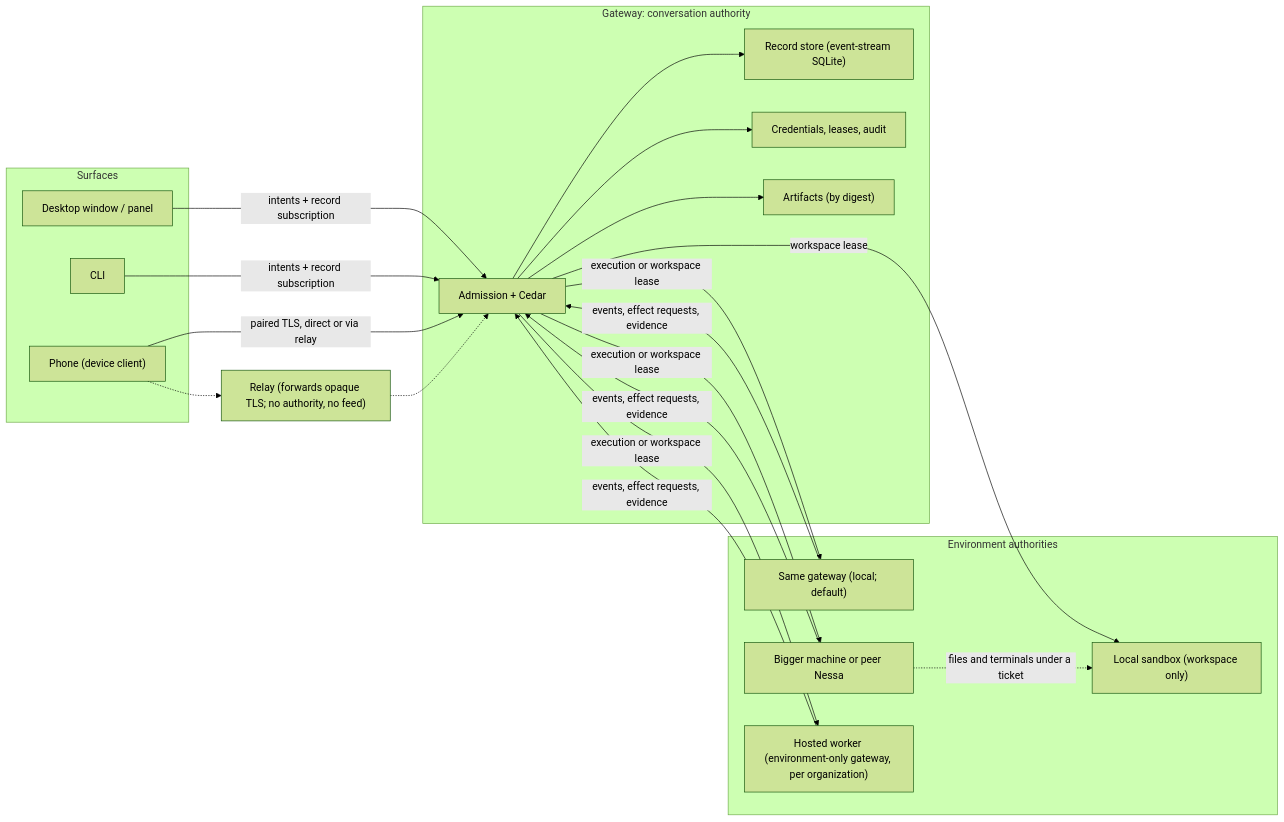
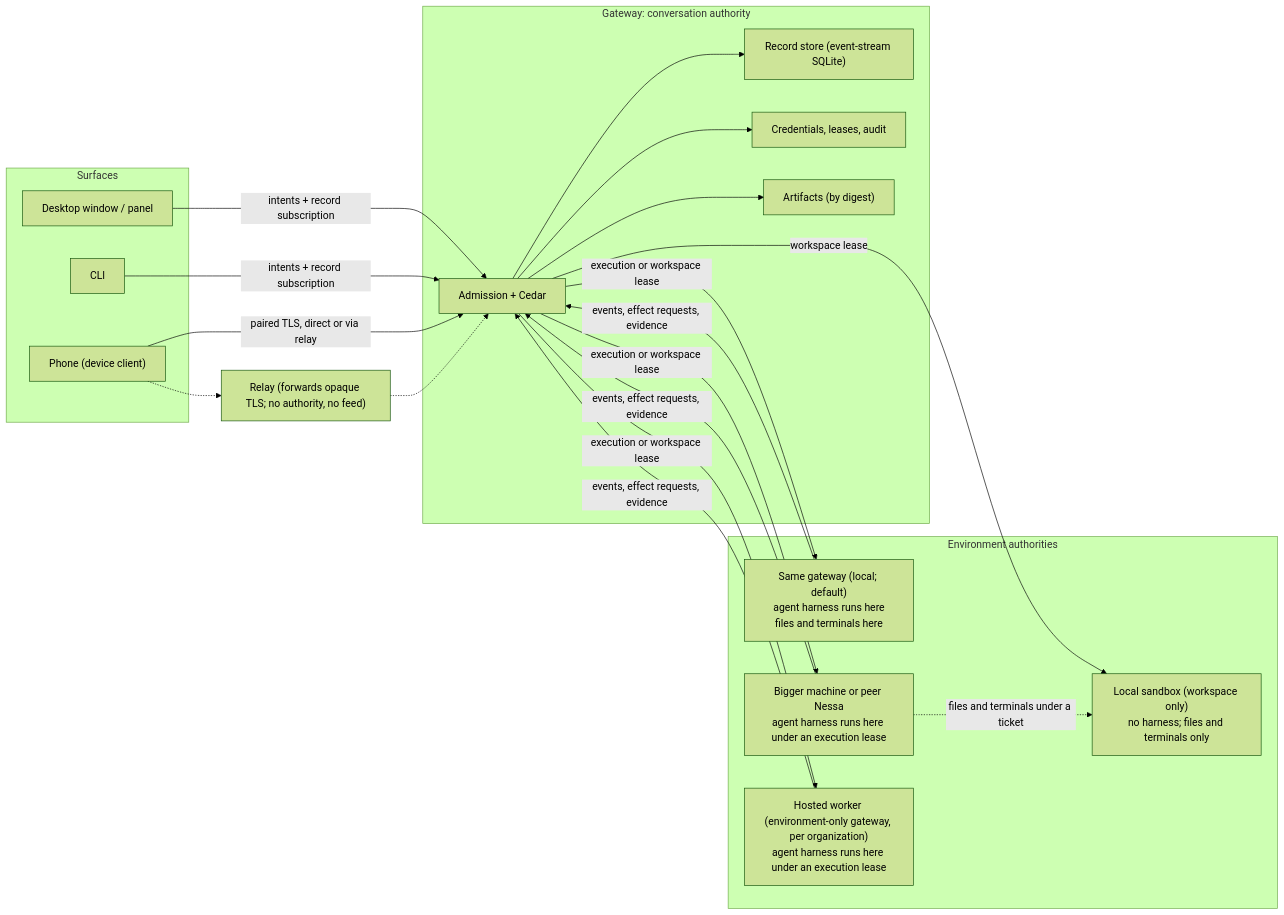
The diagram in docs/design/runtime-architecture.md (nessalabs/nessa-agent), drawn with Mermaid (forest theme) before and after one commit. The commit also changed other lines of this file, not shown here.

Commit message:
docs: say where the agent harness runs in the overview diagram (#252)

````diff
--- a/docs/design/runtime-architecture.md
+++ b/docs/design/runtime-architecture.md
@@ -38,36 +38,36 @@
 ```mermaid
 flowchart LR
     subgraph Surfaces
         D["Desktop window / panel"]
         C["CLI"]
         P["Phone (device client)"]
     end
     subgraph CA["Gateway: conversation authority"]
         A["Admission + Cedar"]
         R["Record store (event-stream SQLite)"]
         K["Credentials, leases, audit"]
         F["Artifacts (by digest)"]
     end
     subgraph EAs["Environment authorities"]
-        L["Same gateway (local; default)"]
-        H["Bigger machine or peer Nessa"]
-        W["Hosted worker (environment-only gateway, per organization)"]
-        S["Local sandbox (workspace only)"]
+        L["Same gateway (local; default)<br/>agent harness runs here<br/>files and terminals here"]
+        H["Bigger machine or peer Nessa<br/>agent harness runs here under an execution lease"]
+        W["Hosted worker (environment-only gateway, per organization)<br/>agent harness runs here under an execution lease"]
+        S["Local sandbox (workspace only)<br/>no harness; files and terminals only"]
     end
     D -- "intents + record subscription" --> A
     C -- "intents + record subscription" --> A
     P -- "paired TLS, direct or via relay" --> A
     A --> R
     A --> K
     A --> F
     A -- "execution or workspace lease" --> L
     A -- "execution or workspace lease" --> H
     A -- "execution or workspace lease" --> W
     A -- "workspace lease" --> S
     L -- "events, effect requests, evidence" --> A
     H -- "events, effect requests, evidence" --> A
     W -- "events, effect requests, evidence" --> A
     H -. "files and terminals under a ticket" .-> S
     Y["Relay (forwards opaque TLS; no authority, no feed)"] -.-> A
     P -.-> Y
 ```
````
